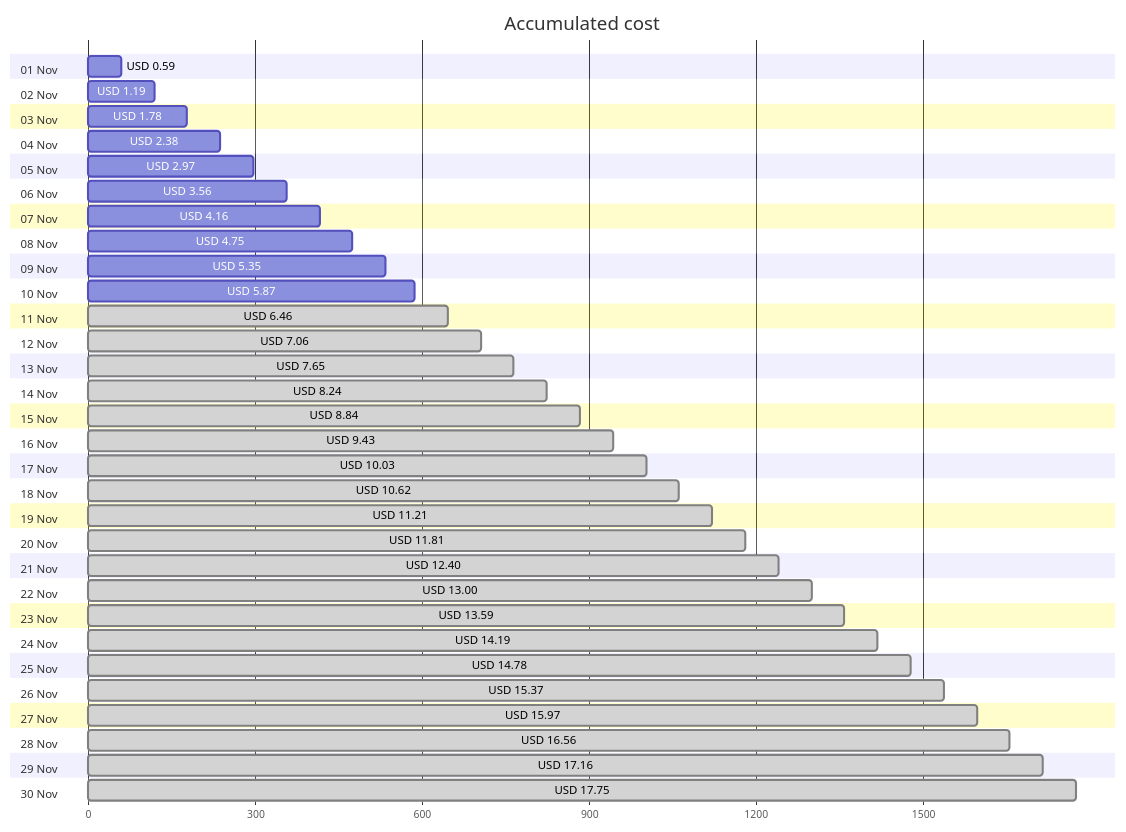
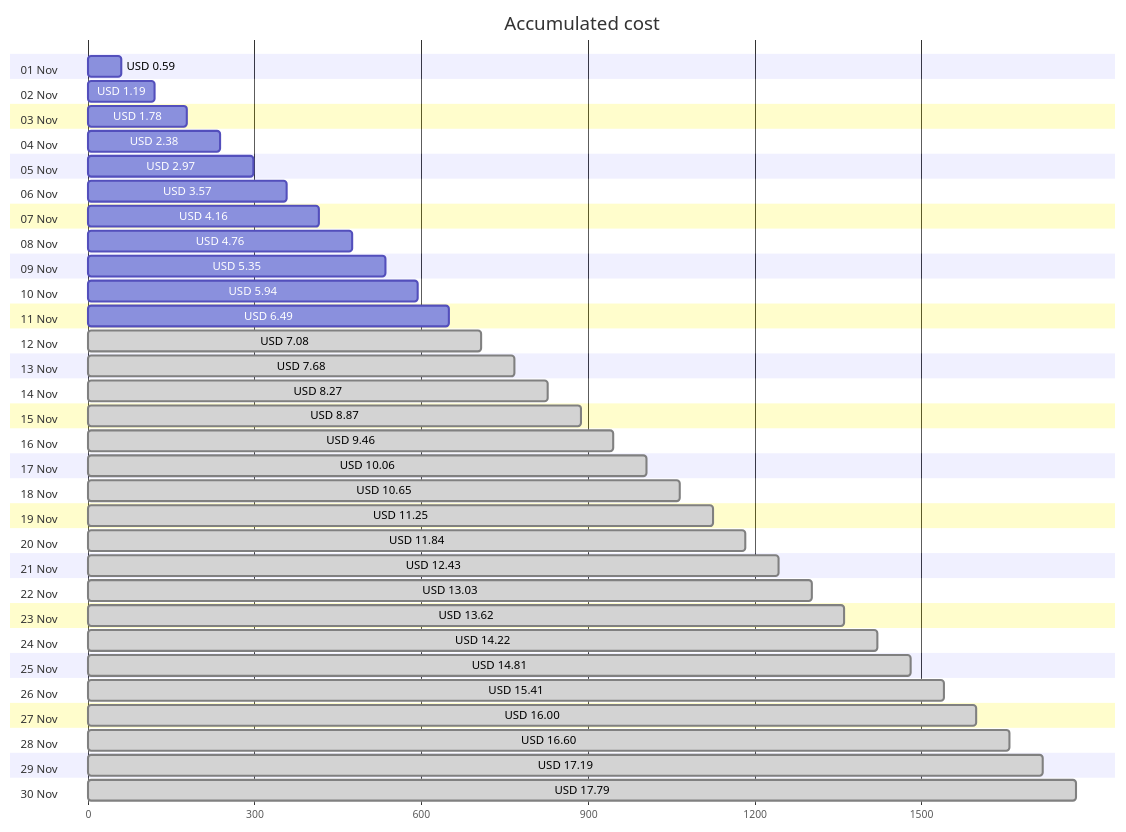
Before and after one commit to jpfulton/azure-personal-reports: the first of 4 diagrams in cost-reports/personal-site/README.md, drawn with Mermaid. The commit also changed other lines of this file and 7 other files, not shown here.

````diff
--- a/cost-reports/personal-site/README.md
+++ b/cost-reports/personal-site/README.md
@@ -20,66 +20,66 @@
 ```mermaid
 gantt
    title Accumulated cost
    dateFormat  X
    axisFormat %s
    section 01 Nov
    USD 0.59 :0, 59
    section 02 Nov
    USD 1.19 :0, 119
    section 03 Nov
    USD 1.78 :0, 178
    section 04 Nov
    USD 2.38 :0, 238
    section 05 Nov
    USD 2.97 :0, 297
    section 06 Nov
-   USD 3.56 :0, 356
+   USD 3.57 :0, 357
    section 07 Nov
    USD 4.16 :0, 416
    section 08 Nov
-   USD 4.75 :0, 475
+   USD 4.76 :0, 476
    section 09 Nov
    USD 5.35 :0, 535
    section 10 Nov
-   USD 5.87 :0, 587
+   USD 5.94 :0, 594
    section 11 Nov
-   USD 6.46 : done, 0, 646
+   USD 6.49 :0, 649
    section 12 Nov
-   USD 7.06 : done, 0, 706
+   USD 7.08 : done, 0, 708
    section 13 Nov
-   USD 7.65 : done, 0, 765
+   USD 7.68 : done, 0, 768
    section 14 Nov
-   USD 8.24 : done, 0, 824
+   USD 8.27 : done, 0, 827
    section 15 Nov
-   USD 8.84 : done, 0, 884
+   USD 8.87 : done, 0, 887
    section 16 Nov
-   USD 9.43 : done, 0, 943
+   USD 9.46 : done, 0, 946
    section 17 Nov
-   USD 10.03 : done, 0, 1003
+   USD 10.06 : done, 0, 1006
    section 18 Nov
-   USD 10.62 : done, 0, 1062
+   USD 10.65 : done, 0, 1065
    section 19 Nov
-   USD 11.21 : done, 0, 1121
+   USD 11.25 : done, 0, 1125
    section 20 Nov
-   USD 11.81 : done, 0, 1181
+   USD 11.84 : done, 0, 1184
    section 21 Nov
-   USD 12.40 : done, 0, 1240
+   USD 12.43 : done, 0, 1243
    section 22 Nov
-   USD 13.00 : done, 0, 1300
+   USD 13.03 : done, 0, 1303
    section 23 Nov
-   USD 13.59 : done, 0, 1359
+   USD 13.62 : done, 0, 1362
    section 24 Nov
-   USD 14.19 : done, 0, 1419
+   USD 14.22 : done, 0, 1422
    section 25 Nov
-   USD 14.78 : done, 0, 1478
+   USD 14.81 : done, 0, 1481
    section 26 Nov
-   USD 15.37 : done, 0, 1537
+   USD 15.41 : done, 0, 1541
    section 27 Nov
-   USD 15.97 : done, 0, 1597
+   USD 16.00 : done, 0, 1600
    section 28 Nov
-   USD 16.56 : done, 0, 1656
+   USD 16.60 : done, 0, 1660
    section 29 Nov
-   USD 17.16 : done, 0, 1716
+   USD 17.19 : done, 0, 1719
    section 30 Nov
-   USD 17.75 : done, 0, 1775
+   USD 17.79 : done, 0, 1779
 ```
````
